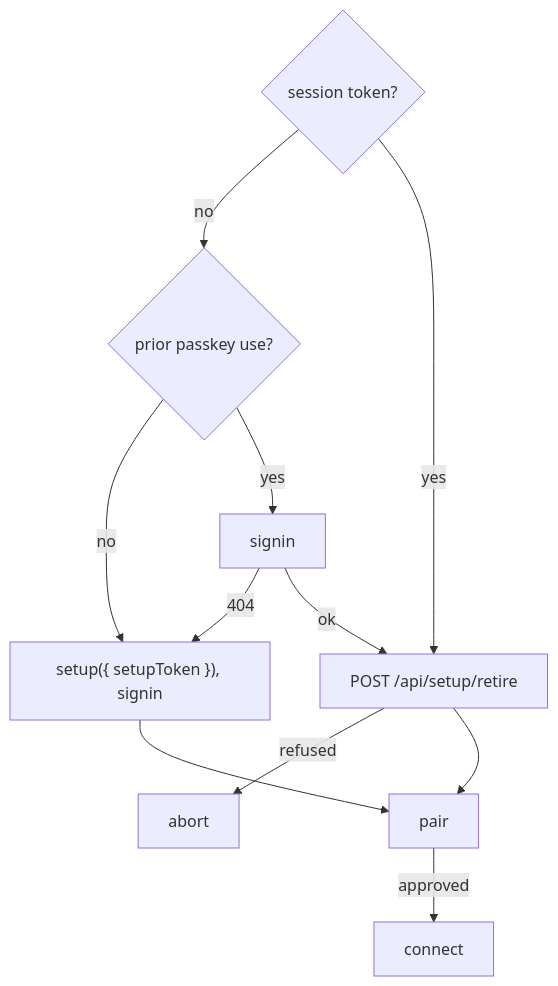
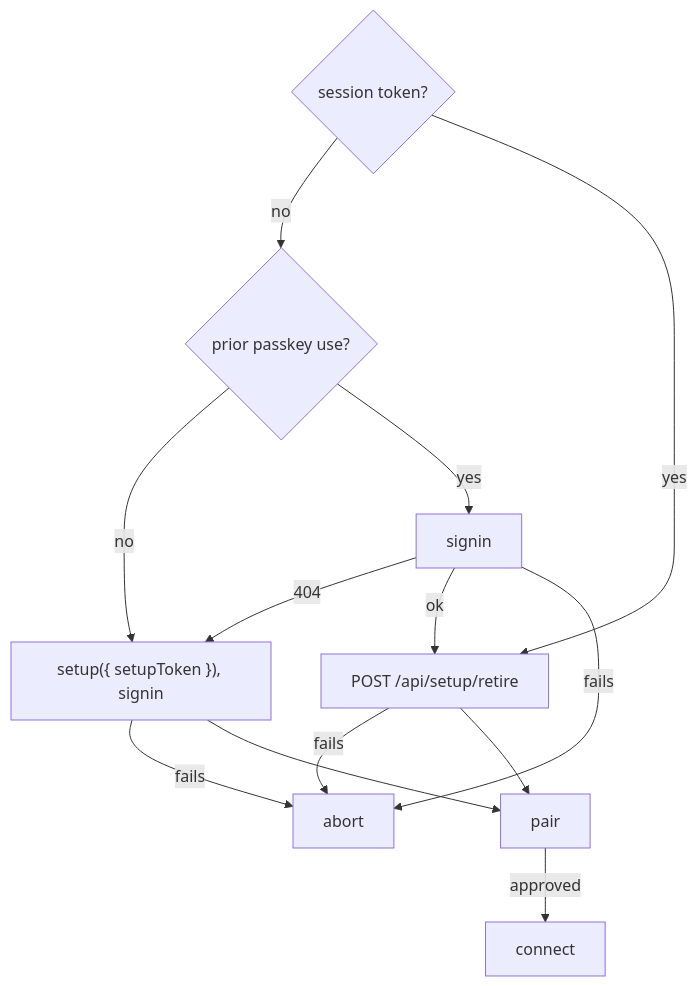
Before and after one commit to diffplug/dormouse: the diagram in docs/specs/pocket-app.md, drawn with Mermaid. The commit also changed other lines of this file, not shown here.

First line of the commit message:
pocket-app: review fixes to the after-the-parse diagram

````diff
--- a/docs/specs/pocket-app.md
+++ b/docs/specs/pocket-app.md
@@ -50,14 +50,14 @@
 ```mermaid
 flowchart TD
   T{session token?}
   T -- no --> U{prior passkey use?}
   U -- no --> G["setup({ setupToken }), signin"]
   U -- yes --> I[signin]
   I -- 404 --> G
   I -- ok --> R[POST /api/setup/retire]
   T -- yes --> R
-  R -- refused --> X[abort]
+  R & I & G -- fails --> X[abort]
   R --> P[pair]
   G --> P
   P -- approved --> C[connect]
 ```
````
